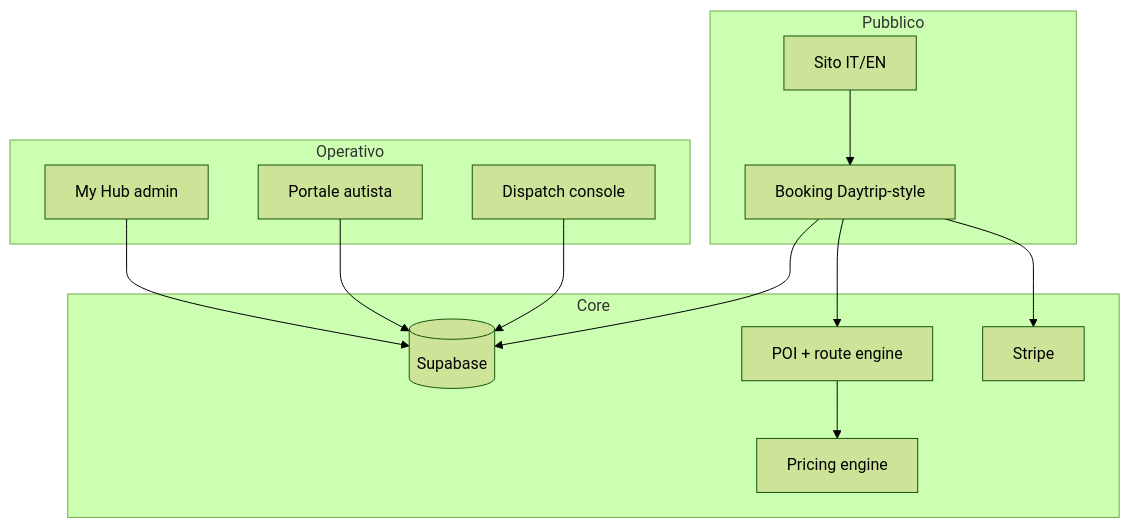
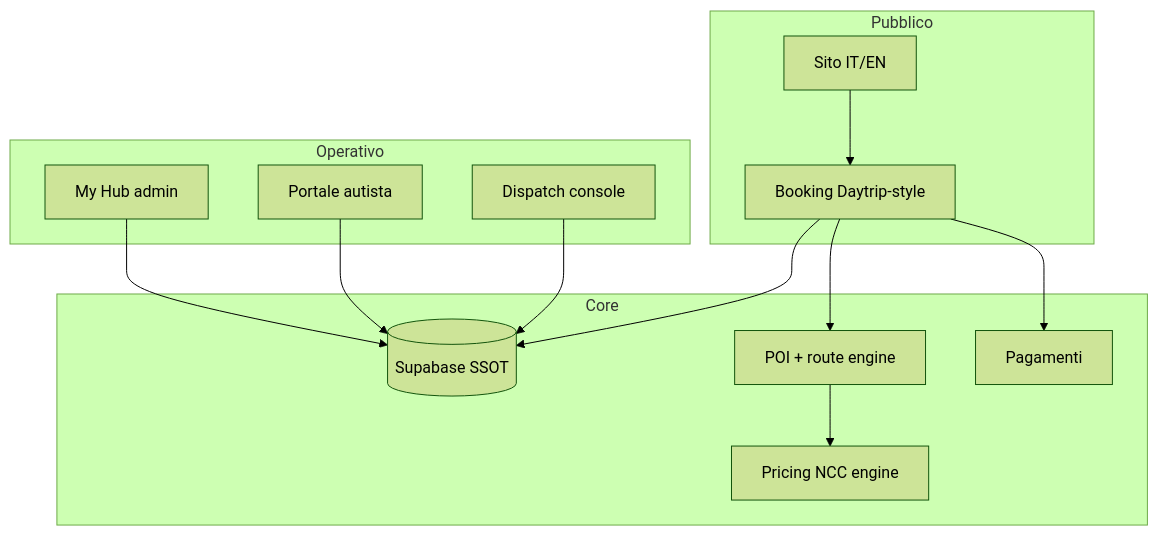
Before and after one commit to CrisCag/mychauffeur-new: the diagram in PLATFORM_MAP.md, drawn with Mermaid (forest theme). The commit also changed other lines of this file, not shown here.

````diff
--- a/PLATFORM_MAP.md
+++ b/PLATFORM_MAP.md
@@ -197,25 +301,25 @@
 ```mermaid
 flowchart TB
   subgraph public [Pubblico]
     MKT[Sito IT/EN]
     BOOK[Booking Daytrip-style]
   end
   subgraph ops [Operativo]
     DISP[Dispatch console]
     DRV[Portale autista]
     HUB[My Hub admin]
   end
   subgraph core [Core]
-    DB[(Supabase)]
+    DB[(Supabase SSOT)]
     POIENG[POI + route engine]
-    PRICE[Pricing engine]
-    PAY[Stripe]
+    PRICE[Pricing NCC engine]
+    PAY[Pagamenti]
   end
   MKT --> BOOK
   BOOK --> POIENG --> PRICE
   BOOK --> DB
   DISP --> DB
   DRV --> DB
   HUB --> DB
   BOOK --> PAY
 ```
````
